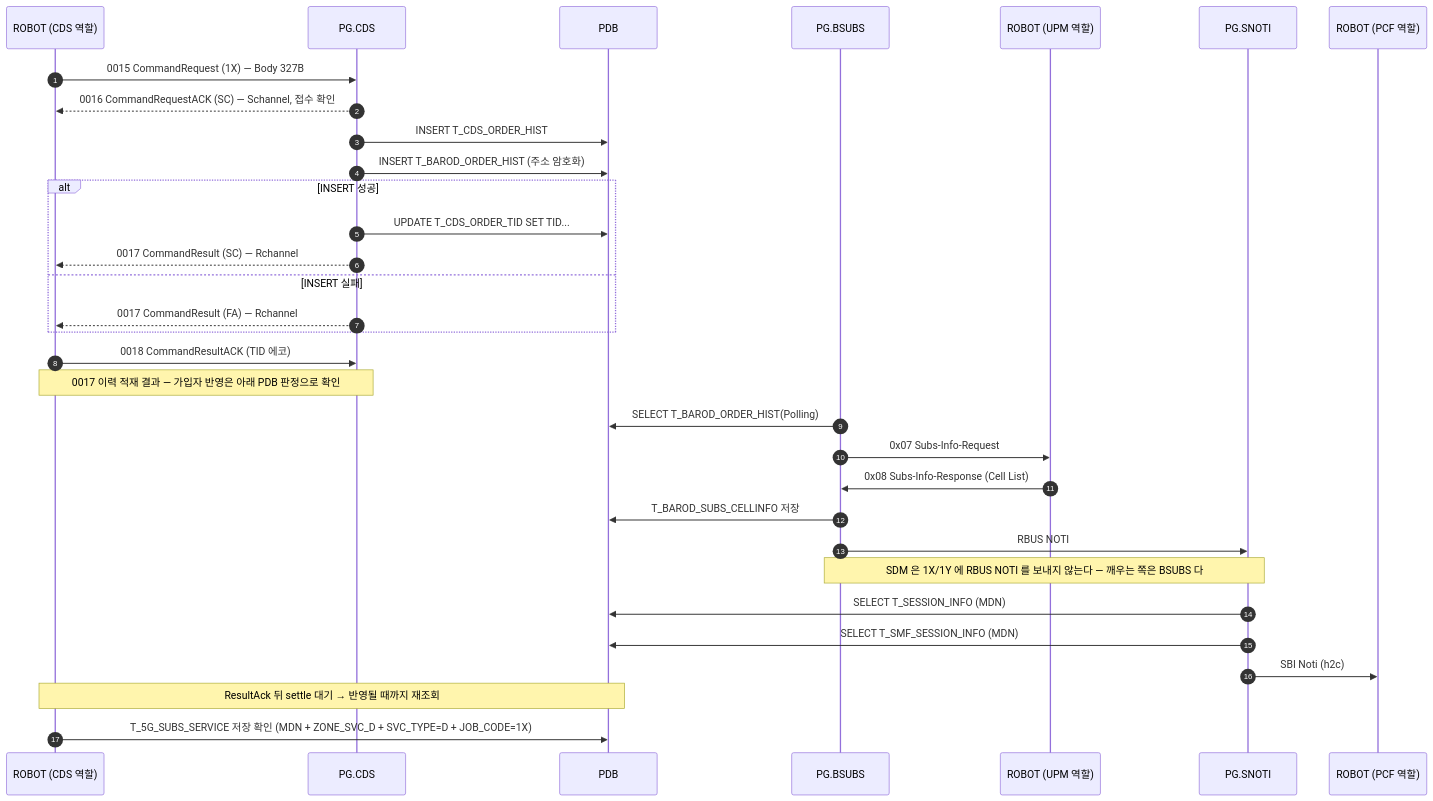
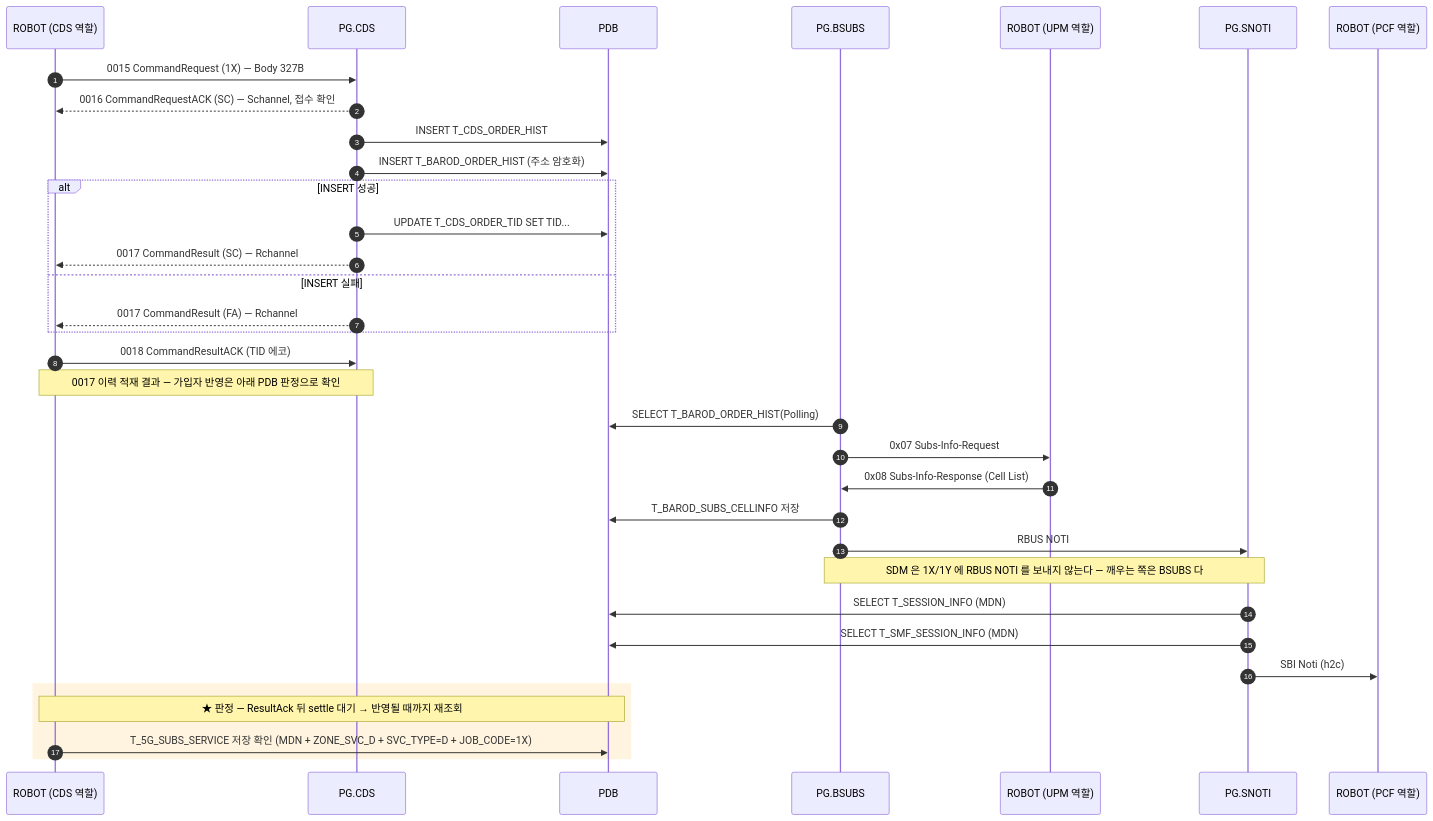
One commit to IanKim2030/tc4robot changed the diagram in docs/callflow/CDS_1X.md. Above: the diagram before and after it, drawn with Mermaid. The commit also changed 19 other files, not shown here.

````diff
--- a/docs/callflow/CDS_1X.md
+++ b/docs/callflow/CDS_1X.md
@@ -17,36 +17,38 @@
 ```mermaid
 sequenceDiagram
     autonumber
     participant TOOL as ROBOT (CDS 역할)
     participant PCDS as PG.CDS
     participant PDB as PDB
     participant BSUBS as PG.BSUBS
     participant UPM as ROBOT (UPM 역할)
     participant SNOTI as PG.SNOTI
     participant PCF as ROBOT (PCF 역할)
 
     TOOL->>PCDS: 0015 CommandRequest (1X) — Body 327B
     PCDS-->>TOOL: 0016 CommandRequestACK (SC) — Schannel, 접수 확인
     PCDS->>PDB: INSERT T_CDS_ORDER_HIST
     PCDS->>PDB: INSERT T_BAROD_ORDER_HIST (주소 암호화)
     alt INSERT 성공
         PCDS->>PDB: UPDATE T_CDS_ORDER_TID SET TID...
         PCDS-->>TOOL: 0017 CommandResult (SC) — Rchannel
     else INSERT 실패
         PCDS-->>TOOL: 0017 CommandResult (FA) — Rchannel
     end
     TOOL->>PCDS: 0018 CommandResultACK (TID 에코)
     Note over TOOL,PCDS: 0017 이력 적재 결과 — 가입자 반영은 아래 PDB 판정으로 확인
 
     BSUBS->>PDB: SELECT T_BAROD_ORDER_HIST(Polling)
     BSUBS->>UPM: 0x07 Subs-Info-Request
     UPM->>BSUBS: 0x08 Subs-Info-Response (Cell List)
     BSUBS->>PDB: T_BAROD_SUBS_CELLINFO 저장
     BSUBS->>SNOTI: RBUS NOTI
     Note over BSUBS,SNOTI: SDM 은 1X/1Y 에 RBUS NOTI 를 보내지 않는다 — 깨우는 쪽은 BSUBS 다
     SNOTI->>PDB: SELECT T_SESSION_INFO (MDN)
     SNOTI->>PDB: SELECT T_SMF_SESSION_INFO (MDN)
     SNOTI->>PCF: SBI Noti (h2c)
-    Note over TOOL,PDB: ResultAck 뒤 settle 대기 → 반영될 때까지 재조회
-    TOOL->>PDB: T_5G_SUBS_SERVICE 저장 확인 (MDN + ZONE_SVC_D + SVC_TYPE=D + JOB_CODE=1X)
+    rect rgba(255, 176, 32, 0.14)
+    Note over TOOL,PDB: ★ 판정 — ResultAck 뒤 settle 대기 → 반영될 때까지 재조회
+        TOOL->>PDB: T_5G_SUBS_SERVICE 저장 확인 (MDN + ZONE_SVC_D + SVC_TYPE=D + JOB_CODE=1X)
+    end
 ```
````
